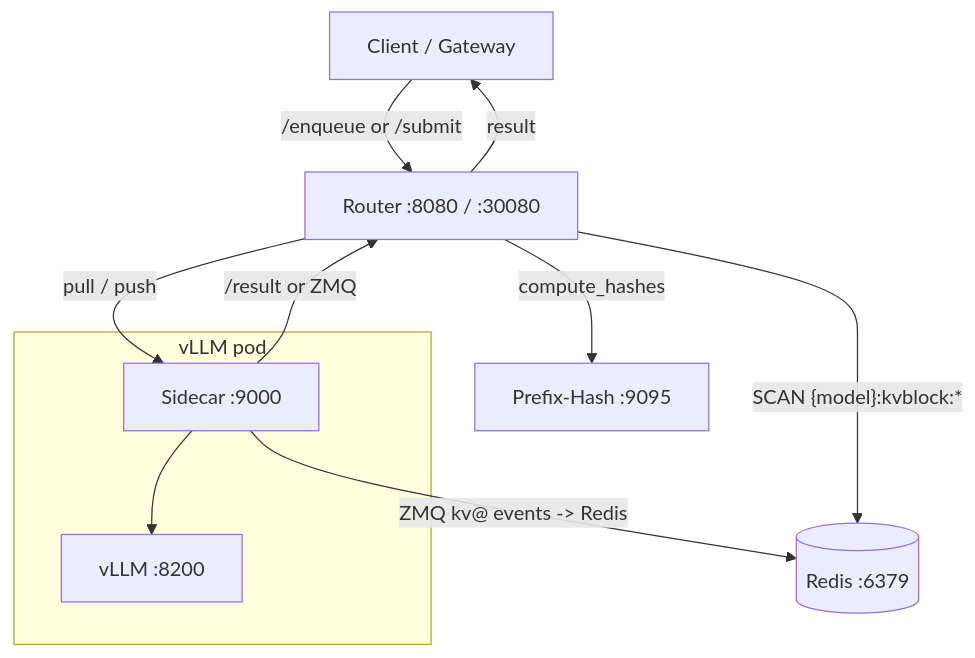
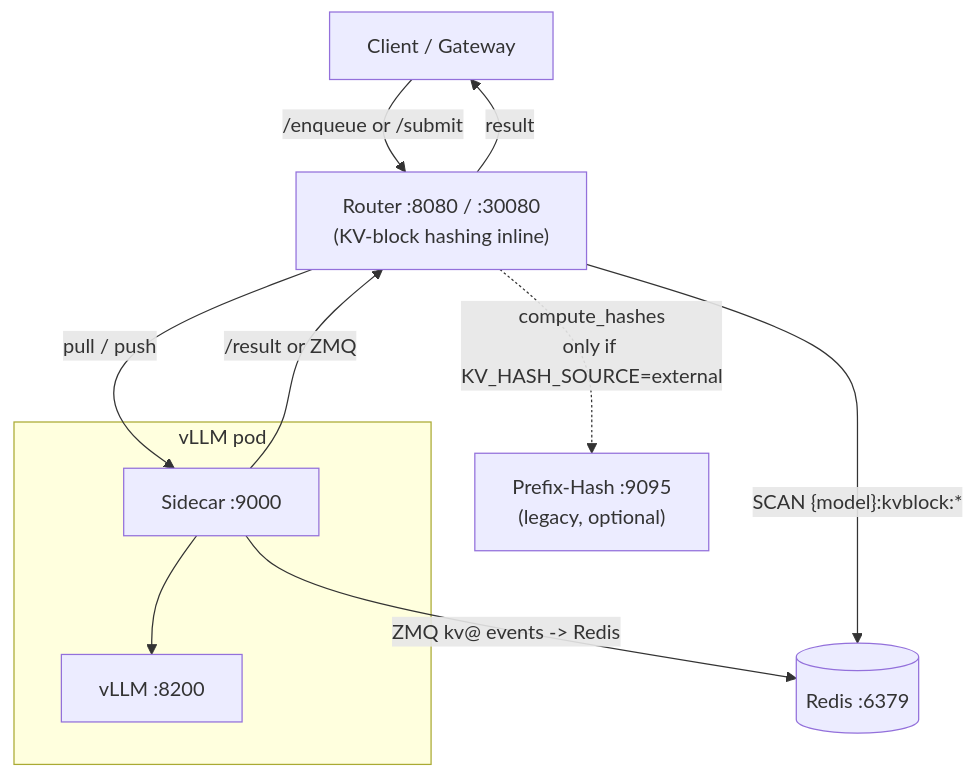
One commit to immengzi/LLM-LA changed the diagram in docs/architecture/overview.md. Above: the diagram before and after it, drawn with Mermaid. The commit also changed other lines of this file and 32 other files, not shown here.

First line of the commit message:
Unify routing strategy + configurable KV-block hash source

````diff
--- a/docs/architecture/overview.md
+++ b/docs/architecture/overview.md
@@ -7,19 +7,20 @@
 ```mermaid
 flowchart TB
   Client["Client / Gateway"]
-  Router["Router :8080 / :30080"]
-  Hash["Prefix-Hash :9095"]
+  Router["Router :8080 / :30080<br/>(KV-block hashing inline)"]
   Redis[("Redis :6379")]
 
   subgraph pod [vLLM pod]
     Sidecar["Sidecar :9000"] --> vLLM["vLLM :8200"]
   end
 
   Client -->|"/enqueue or /submit"| Router
-  Router -->|compute_hashes| Hash
   Router -->|"pull / push"| Sidecar
   Router -->|"SCAN {model}:kvblock:*"| Redis
   Sidecar -->|"ZMQ kv@ events -> Redis"| Redis
   Sidecar -->|"/result or ZMQ"| Router
   Router -->|result| Client
+
+  Hash["Prefix-Hash :9095<br/>(legacy, optional)"]
+  Router -. "compute_hashes<br/>only if KV_HASH_SOURCE=external" .-> Hash
 ```
````
